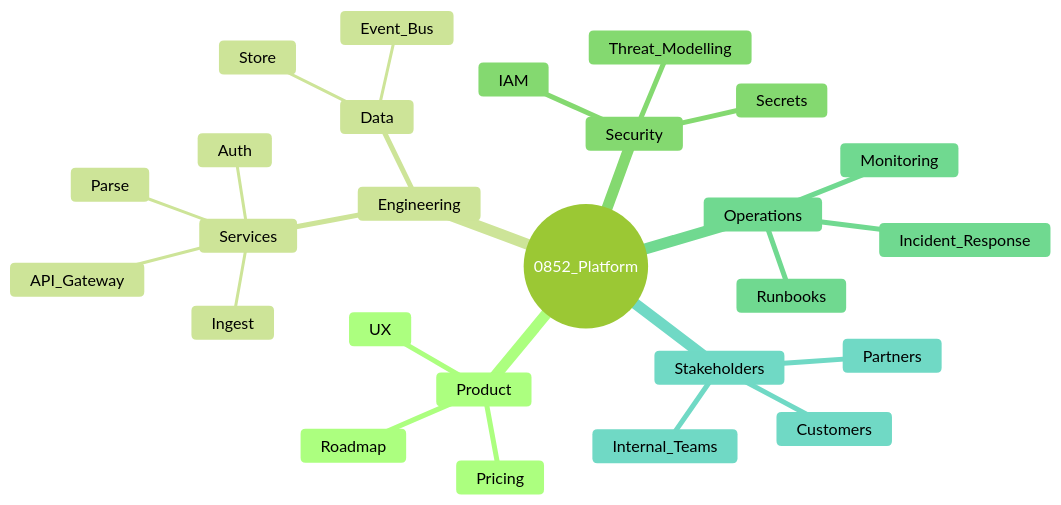
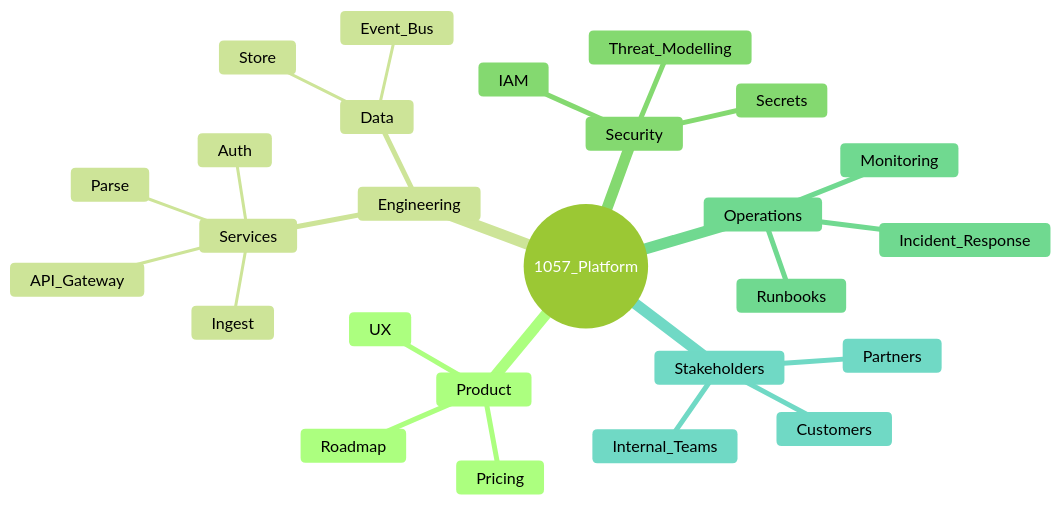
The diagram in diagrams-src/PlatformMindMap.mmd (Beyondthemountain/RoboMermaid), drawn with Mermaid (forest theme) before and after one commit.

```diff
--- a/diagrams-src/PlatformMindMap.mmd
+++ b/diagrams-src/PlatformMindMap.mmd
@@ -1,58 +1,58 @@
 mindmap
 %% Global (included in all views)
-  root((0852_Platform))
+  root((1057_Platform))
 
 %%@view:overview,product
     Product
 %%@view:product
       Roadmap
 %%@view:product
       UX
 %%@view:product
       Pricing
 
 %%@view:overview,engineering
     Engineering
 %%@view:engineering
       Services
 %%@view:engineering
         API_Gateway
 %%@view:engineering
         Auth
 %%@view:engineering
         Ingest
 %%@view:engineering
         Parse
 %%@view:engineering
       Data
 %%@view:engineering
         Store
 %%@view:engineering
         Event_Bus
 
 %%@view:overview,security
     Security
 %%@view:security
       IAM
 %%@view:security
       Secrets
 %%@view:security
       Threat_Modelling
 
 %%@view:overview,ops
     Operations
 %%@view:ops
       Monitoring
 %%@view:ops
       Incident_Response
 %%@view:ops
       Runbooks
 
 %%@view:overview,stakeholders
     Stakeholders
 %%@view:stakeholders
       Customers
 %%@view:stakeholders
       Partners
 %%@view:stakeholders
       Internal_Teams
```
